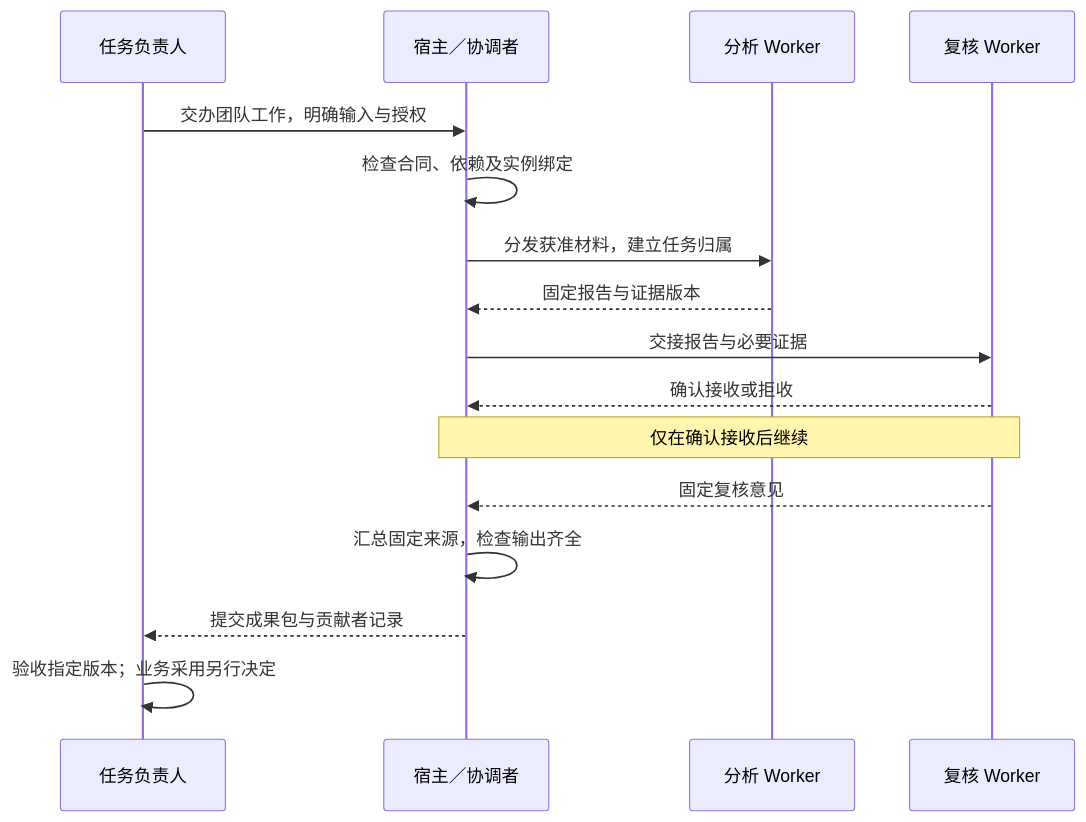
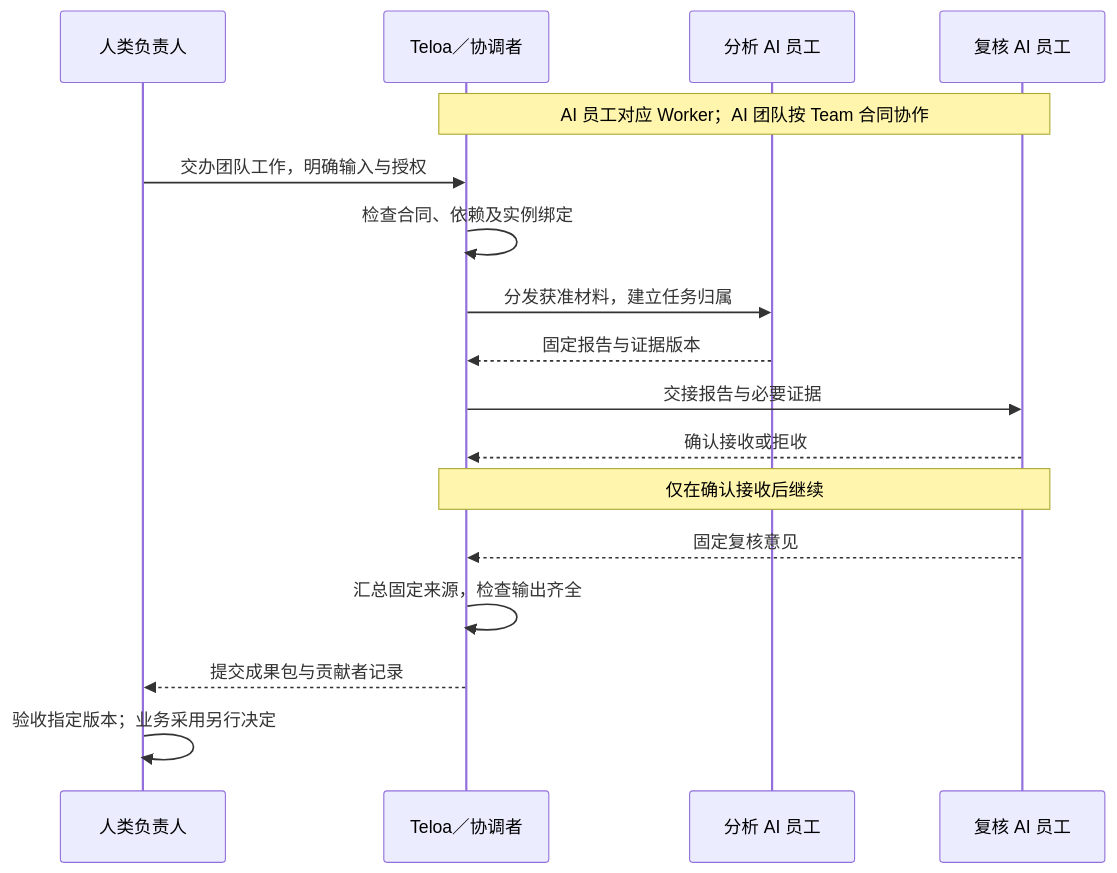
One commit to teloa-ai/ai-worker-standard changed the diagram in diagrams/zh-CN/delivery.mmd. Above: the diagram before and after it, drawn with Mermaid. The commit also changed 29 other files, not shown here.

Commit message:
docs: connect AI employee product concepts to AI Worker diagrams

```diff
--- a/diagrams/zh-CN/delivery.mmd
+++ b/diagrams/zh-CN/delivery.mmd
@@ -1,16 +1,17 @@
 sequenceDiagram
-    participant O as 任务负责人
-    participant H as 宿主／协调者
-    participant A as 分析 Worker
-    participant Q as 复核 Worker
+    participant O as 人类负责人
+    participant H as Teloa／协调者
+    participant A as 分析 AI 员工
+    participant Q as 复核 AI 员工
+    Note over H,Q: AI 员工对应 Worker；AI 团队按 Team 合同协作
     O->>H: 交办团队工作，明确输入与授权
     H->>H: 检查合同、依赖及实例绑定
     H->>A: 分发获准材料，建立任务归属
     A-->>H: 固定报告与证据版本
     H->>Q: 交接报告与必要证据
     Q-->>H: 确认接收或拒收
     Note over H,Q: 仅在确认接收后继续
     Q-->>H: 固定复核意见
     H->>H: 汇总固定来源，检查输出齐全
     H-->>O: 提交成果包与贡献者记录
     O->>O: 验收指定版本；业务采用另行决定
```
